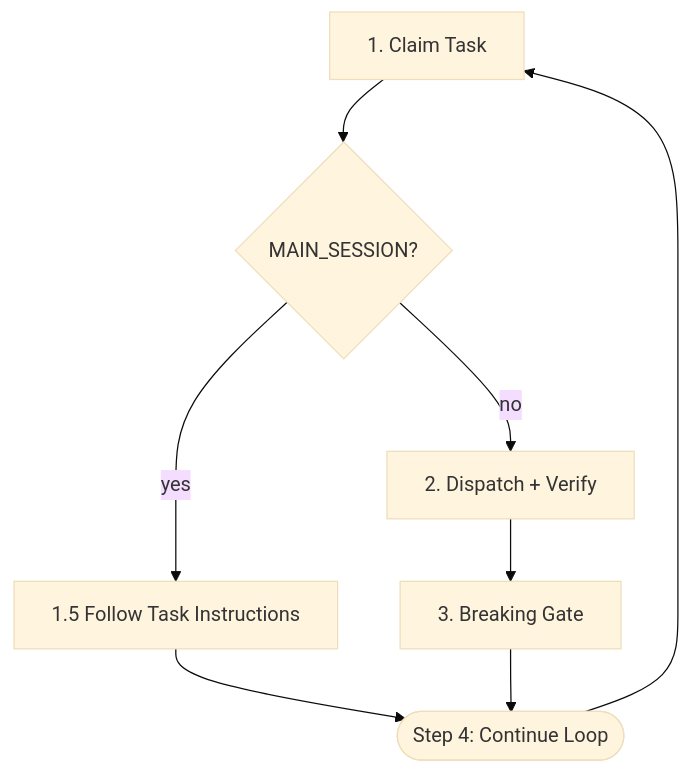
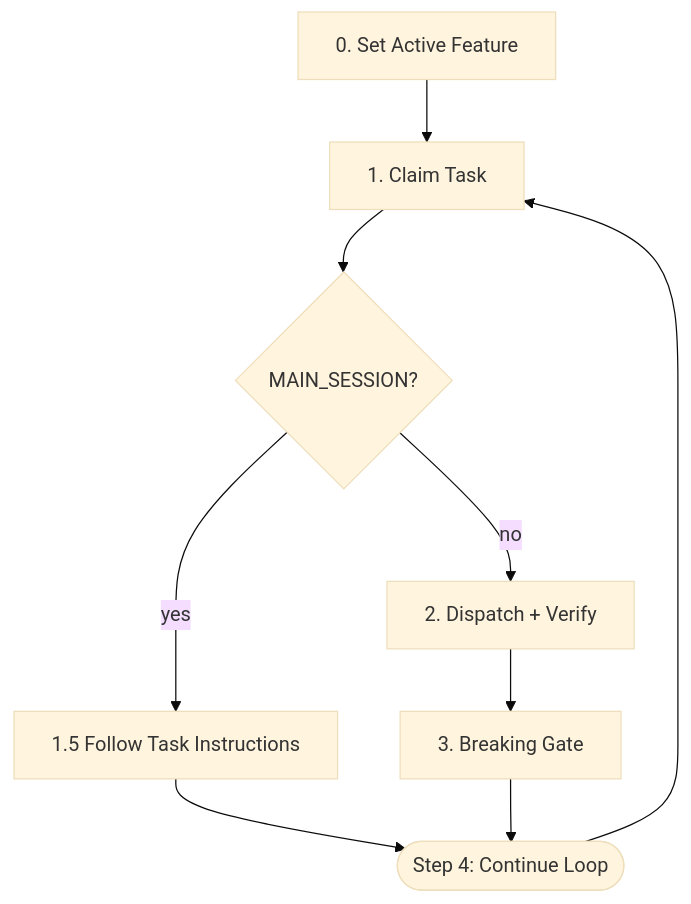
One commit to bigfaner/forge changed the diagram in plugins/forge/commands/run-tasks.md. Above: the diagram before and after it, drawn with Mermaid (base theme). The commit also changed other lines of this file and 1 other file, not shown here.

First line of the commit message:
fix(run-tasks): add Step 0 to set active feature before claim loop

````diff
--- a/plugins/forge/commands/run-tasks.md
+++ b/plugins/forge/commands/run-tasks.md
@@ -13,10 +13,11 @@
 ```mermaid
 flowchart TD
-    A["1. Claim Task"] --> B{"MAIN_SESSION?"}
+    S0["0. Set Active Feature"] --> A["1. Claim Task"]
+    A --> B{"MAIN_SESSION?"}
     B -->|"yes"| C["1.5 Follow Task Instructions"]
     C --> LOOP(["Step 4: Continue Loop"])
     B -->|"no"| D["2. Dispatch + Verify"]
     D --> E["3. Breaking Gate"]
     E --> LOOP
     LOOP --> A
 ```
````
